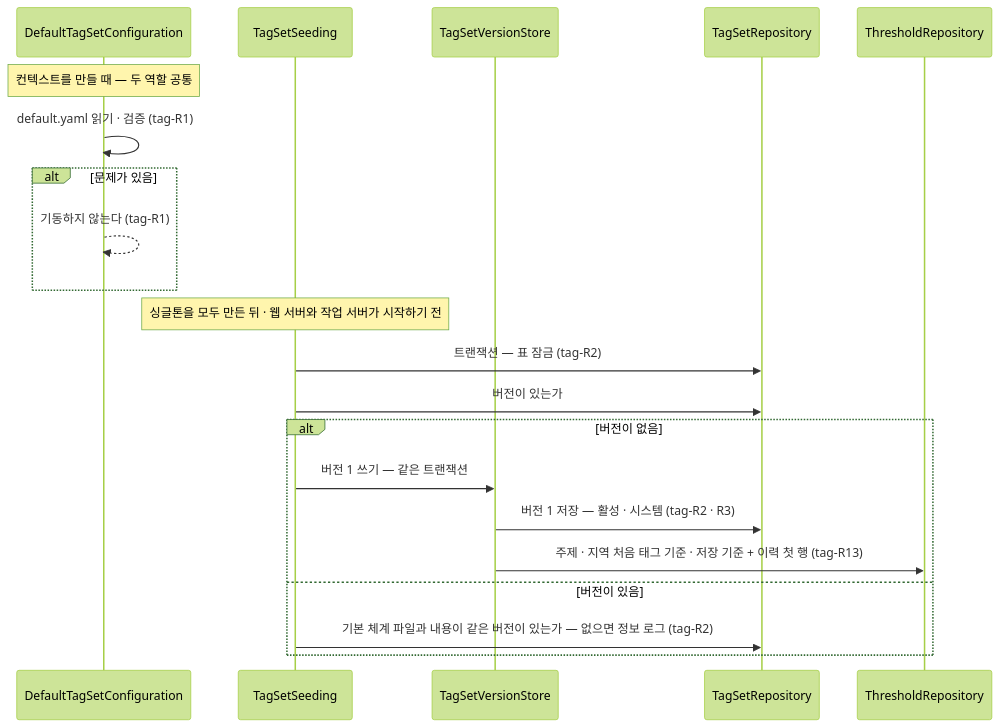
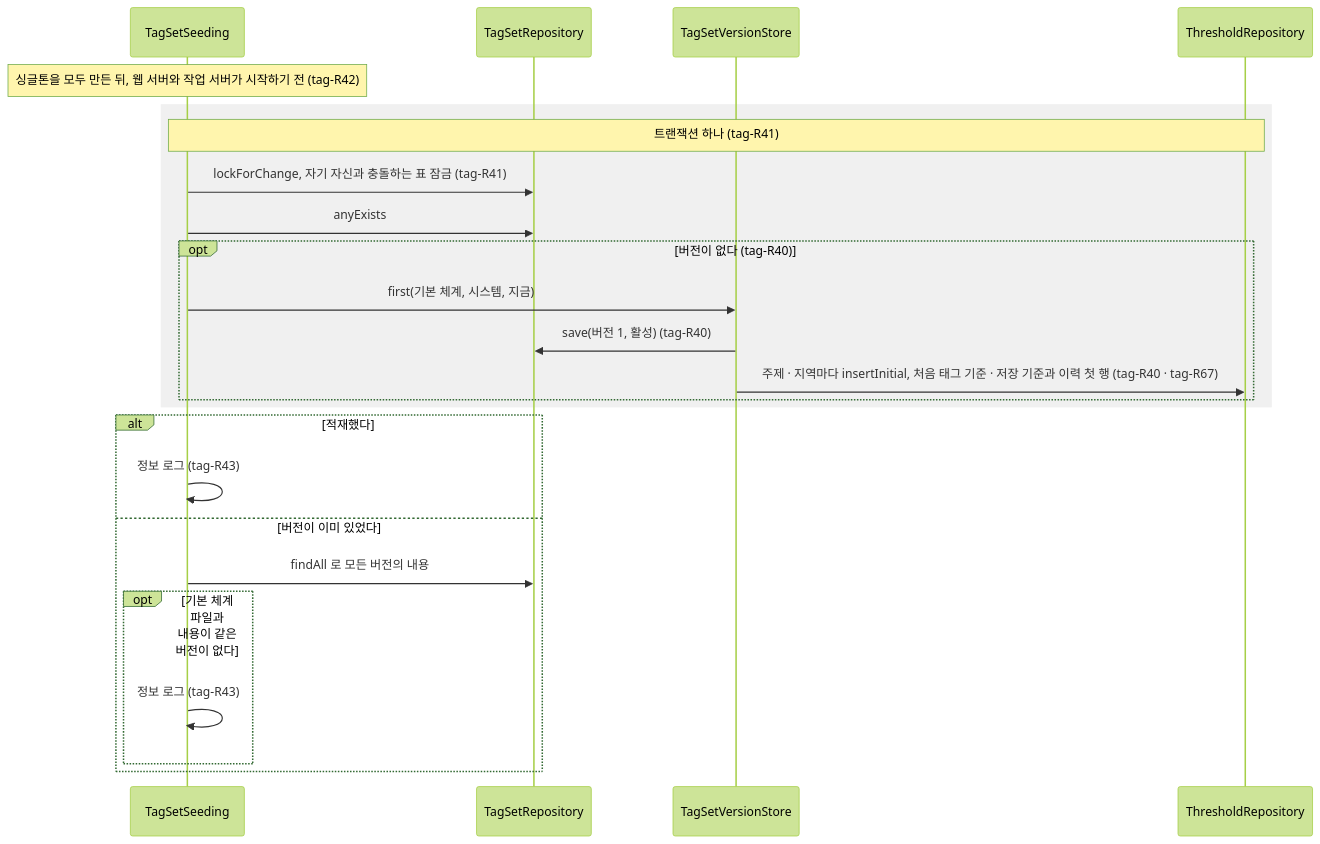
Before and after one commit to Theia0382/yozm-news: the first of 8 diagrams in docs/specs/tag.md, drawn with Mermaid (forest theme). The commit also changed other lines of this file and 2 other files, not shown here.

First line of the commit message:
docs: tag Spec 다시 쓰기 — 규칙 쪼개기 · 시퀀스 그림 · 소유 용어

````diff
--- a/docs/specs/tag.md
+++ b/docs/specs/tag.md
@@ -796,24 +855,27 @@
 ```mermaid
 sequenceDiagram
-    participant C as DefaultTagSetConfiguration
     participant S as TagSetSeeding
+    participant TS as TagSetRepository
     participant W as TagSetVersionStore
-    participant TS as TagSetRepository
     participant TR as ThresholdRepository
 
-    Note over C: 컨텍스트를 만들 때 — 두 역할 공통
-    C->>C: default.yaml 읽기 · 검증 (tag-R1)
-    alt 문제가 있음
-        C-->>C: 기동하지 않는다 (tag-R1)
+    Note over S: 싱글톤을 모두 만든 뒤, 웹 서버와 작업 서버가 시작하기 전 (tag-R42)
+    rect rgba(128, 128, 128, 0.12)
+    Note over S,TR: 트랜잭션 하나 (tag-R41)
+    S->>TS: lockForChange, 자기 자신과 충돌하는 표 잠금 (tag-R41)
+    S->>TS: anyExists
+    opt 버전이 없다 (tag-R40)
+        S->>W: first(기본 체계, 시스템, 지금)
+        W->>TS: save(버전 1, 활성) (tag-R40)
+        W->>TR: 주제 · 지역마다 insertInitial, 처음 태그 기준 · 저장 기준과 이력 첫 행 (tag-R40 · tag-R67)
     end
-    Note over S: 싱글톤을 모두 만든 뒤 · 웹 서버와 작업 서버가 시작하기 전
-    S->>TS: 트랜잭션 — 표 잠금 (tag-R2)
-    S->>TS: 버전이 있는가
-    alt 버전이 없음
-        S->>W: 버전 1 쓰기 — 같은 트랜잭션
-        W->>TS: 버전 1 저장 — 활성 · 시스템 (tag-R2 · R3)
-        W->>TR: 주제 · 지역 처음 태그 기준 · 저장 기준 + 이력 첫 행 (tag-R13)
-    else 버전이 있음
-        S->>TS: 기본 체계 파일과 내용이 같은 버전이 있는가 — 없으면 정보 로그 (tag-R2)
+    end
+    alt 적재했다
+        S->>S: 정보 로그 (tag-R43)
+    else 버전이 이미 있었다
+        S->>TS: findAll 로 모든 버전의 내용
+        opt 기본 체계 파일과 내용이 같은 버전이 없다
+            S->>S: 정보 로그 (tag-R43)
+        end
     end
 ```
````
